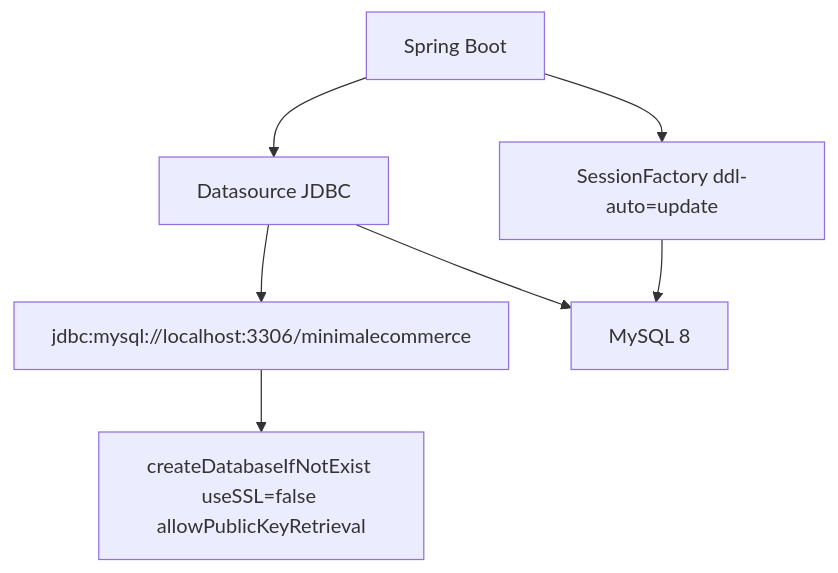
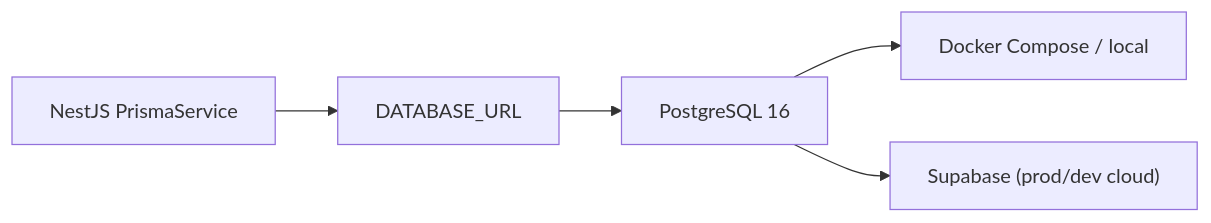
The first of 3 diagrams in docs/02-MODELO-DATOS.md (julianmeoficial/minimalecommerceapi), drawn with Mermaid before and after one commit. The commit also changed other lines of this file and 19 other files, not shown here.

````diff
--- a/docs/02-MODELO-DATOS.md
+++ b/docs/02-MODELO-DATOS.md
@@ -7,16 +8,7 @@
 ```mermaid
-flowchart TB
-  App["Spring Boot"]
-  DS["Datasource JDBC"]
-  URL["jdbc:mysql://localhost:3306/minimalecommerce"]
-  Flags["createDatabaseIfNotExist useSSL=false allowPublicKeyRetrieval"]
-  Hib["SessionFactory ddl-auto=update"]
-  DB["MySQL 8"]
-
-  App --> DS
-  DS --> URL
-  URL --> Flags
-  App --> Hib
-  Hib --> DB
-  DS --> DB
+flowchart LR
+  Nest["NestJS PrismaService"] --> URL["DATABASE_URL"]
+  URL --> PG["PostgreSQL 16"]
+  PG --> Local["Docker Compose / local"]
+  PG --> Supa["Supabase (prod/dev cloud)"]
 ```
````
